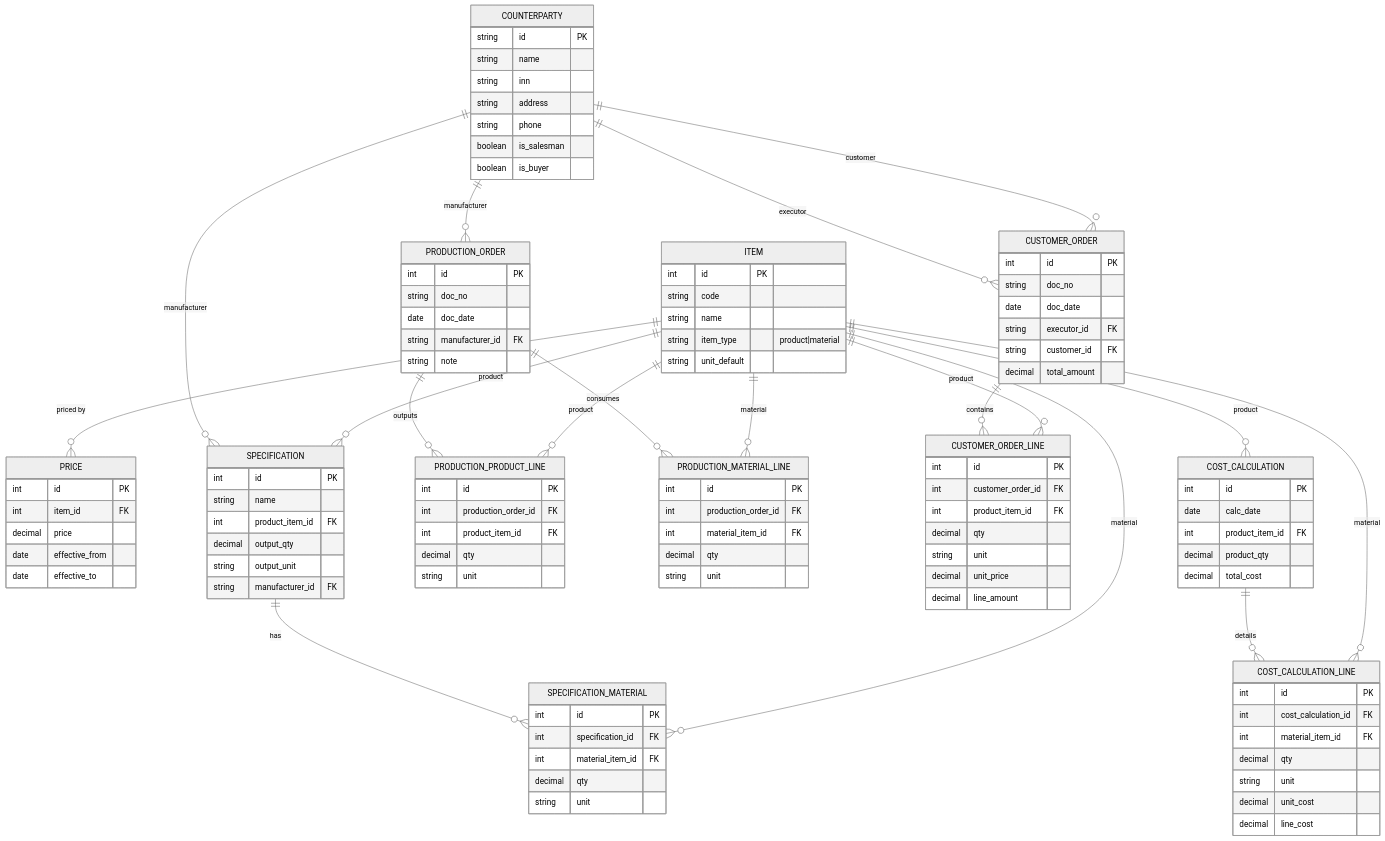
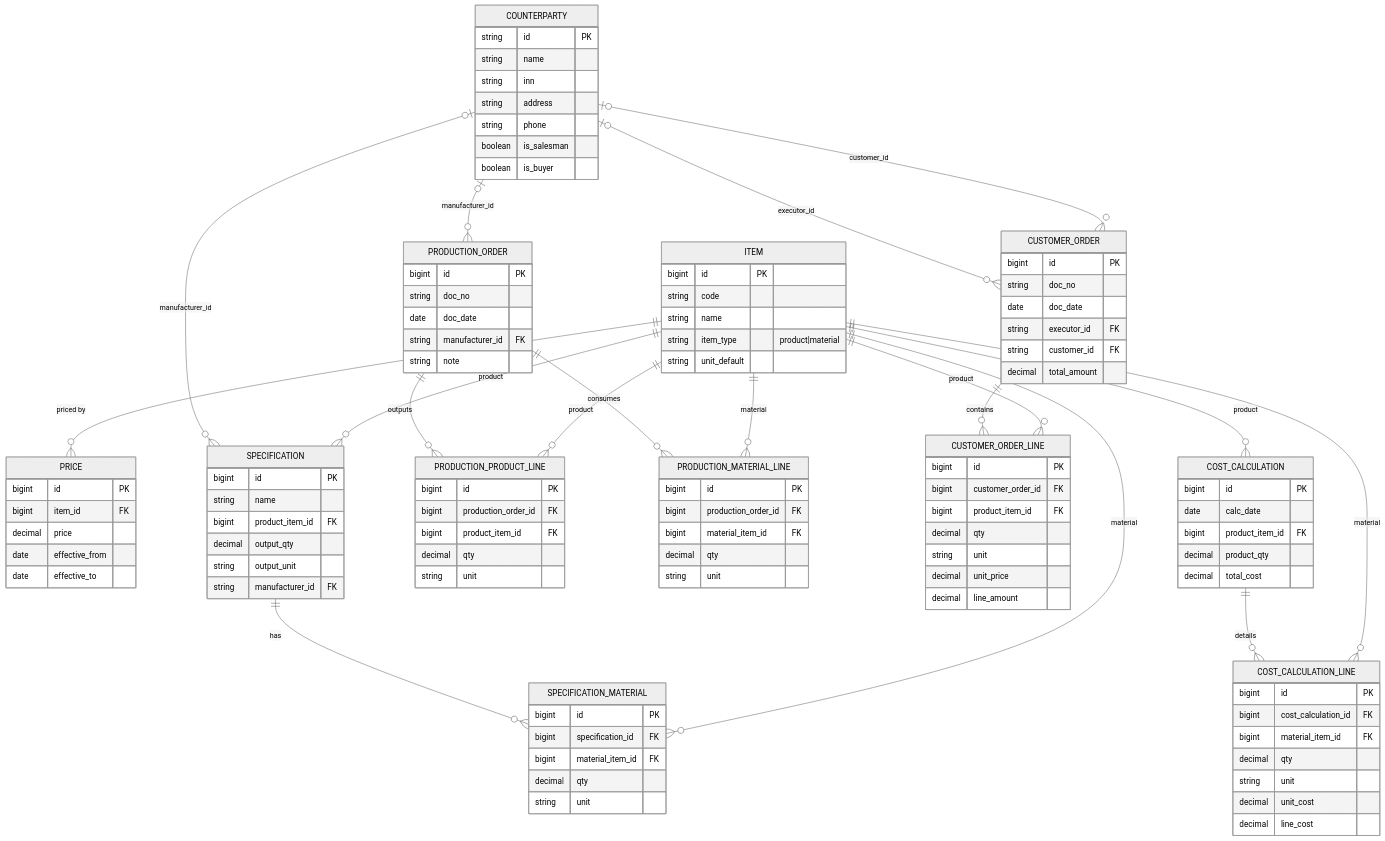
The diagram in course-source/docs/postgresql/module1/example_solution.md (OlgaKraven/2026-dkip-demo), drawn with Mermaid (neutral theme) before and after one commit. The commit also changed other lines of this file and 125 other files, not shown here.

````diff
--- a/course-source/docs/postgresql/module1/example_solution.md
+++ b/course-source/docs/postgresql/module1/example_solution.md
@@ -681,5 +464,4 @@
 ```mermaid
- 
 erDiagram
 
     COUNTERPARTY {
@@ -693,7 +475,7 @@
     }
 
     ITEM {
-        int id PK
+        bigint id PK
         string code
         string name
         string item_type  "product|material"
@@ -701,32 +483,32 @@
     }
 
     PRICE {
-        int id PK
-        int item_id FK
+        bigint id PK
+        bigint item_id FK
         decimal price
         date effective_from
         date effective_to
     }
 
     SPECIFICATION {
-        int id PK
+        bigint id PK
         string name
-        int product_item_id FK
+        bigint product_item_id FK
         decimal output_qty
         string output_unit
         string manufacturer_id FK
     }
 
     SPECIFICATION_MATERIAL {
-        int id PK
-        int specification_id FK
-        int material_item_id FK
+        bigint id PK
+        bigint specification_id FK
+        bigint material_item_id FK
         decimal qty
         string unit
     }
 
     PRODUCTION_ORDER {
-        int id PK
+        bigint id PK
         string doc_no
         date doc_date
         string manufacturer_id FK
@@ -734,23 +516,23 @@
     }
 
     PRODUCTION_PRODUCT_LINE {
-        int id PK
-        int production_order_id FK
-        int product_item_id FK
+        bigint id PK
+        bigint production_order_id FK
+        bigint product_item_id FK
         decimal qty
         string unit
     }
 
     PRODUCTION_MATERIAL_LINE {
-        int id PK
-        int production_order_id FK
-        int material_item_id FK
+        bigint id PK
+        bigint production_order_id FK
+        bigint material_item_id FK
         decimal qty
         string unit
     }
 
     CUSTOMER_ORDER {
-        int id PK
+        bigint id PK
         string doc_no
         date doc_date
         string executor_id FK
@@ -759,9 +541,9 @@
     }
 
     CUSTOMER_ORDER_LINE {
-        int id PK
-        int customer_order_id FK
-        int product_item_id FK
+        bigint id PK
+        bigint customer_order_id FK
+        bigint product_item_id FK
         decimal qty
         string unit
         decimal unit_price
@@ -769,17 +551,17 @@
     }
 
     COST_CALCULATION {
-        int id PK
+        bigint id PK
         date calc_date
-        int product_item_id FK
+        bigint product_item_id FK
         decimal product_qty
         decimal total_cost
     }
 
     COST_CALCULATION_LINE {
-        int id PK
-        int cost_calculation_id FK
-        int material_item_id FK
+        bigint id PK
+        bigint cost_calculation_id FK
+        bigint material_item_id FK
         decimal qty
         string unit
         decimal unit_cost
@@ -791,20 +573,20 @@
 
     ITEM ||--o{ PRICE : "priced by"
 
-    COUNTERPARTY ||--o{ SPECIFICATION : "manufacturer"
+    COUNTERPARTY |o--o{ SPECIFICATION : "manufacturer_id"
     ITEM ||--o{ SPECIFICATION : "product"
 
     SPECIFICATION ||--o{ SPECIFICATION_MATERIAL : "has"
     ITEM ||--o{ SPECIFICATION_MATERIAL : "material"
 
-    COUNTERPARTY ||--o{ PRODUCTION_ORDER : "manufacturer"
+    COUNTERPARTY |o--o{ PRODUCTION_ORDER : "manufacturer_id"
     PRODUCTION_ORDER ||--o{ PRODUCTION_PRODUCT_LINE : "outputs"
     ITEM ||--o{ PRODUCTION_PRODUCT_LINE : "product"
     PRODUCTION_ORDER ||--o{ PRODUCTION_MATERIAL_LINE : "consumes"
     ITEM ||--o{ PRODUCTION_MATERIAL_LINE : "material"
 
-    COUNTERPARTY ||--o{ CUSTOMER_ORDER : "executor"
-    COUNTERPARTY ||--o{ CUSTOMER_ORDER : "customer"
+    COUNTERPARTY |o--o{ CUSTOMER_ORDER : "executor_id"
+    COUNTERPARTY |o--o{ CUSTOMER_ORDER : "customer_id"
     CUSTOMER_ORDER ||--o{ CUSTOMER_ORDER_LINE : "contains"
     ITEM ||--o{ CUSTOMER_ORDER_LINE : "product"
 
````
